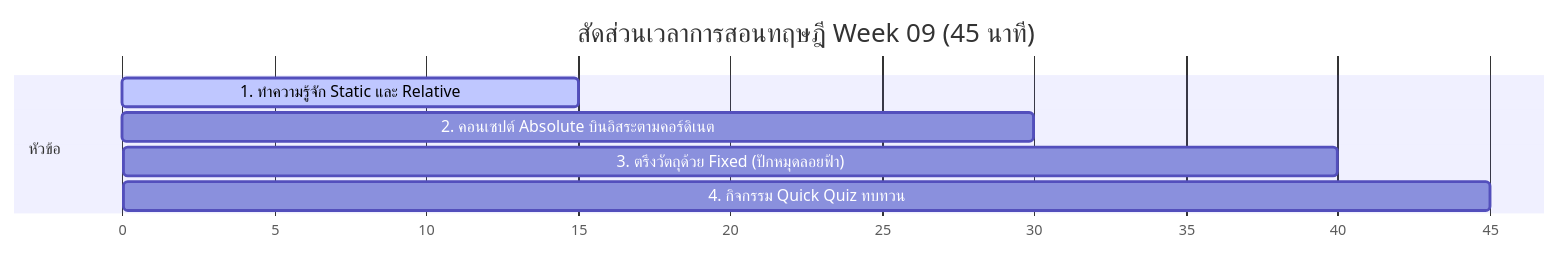
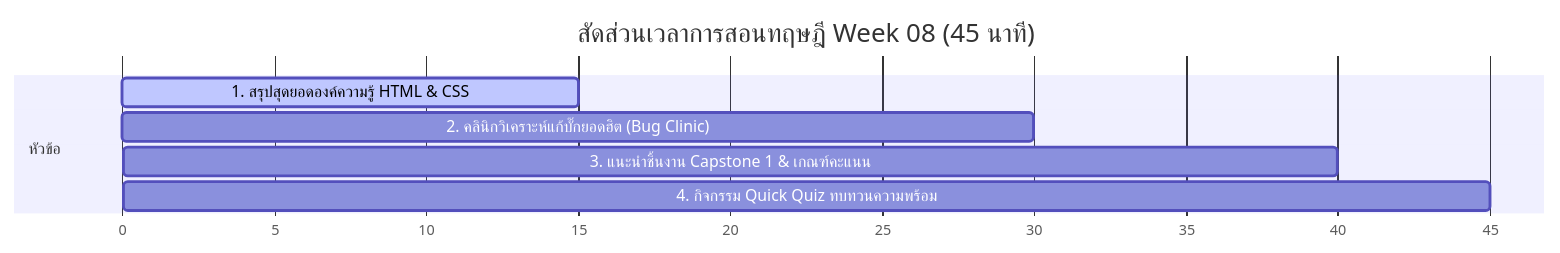
Before and after one commit to jirawat9ball/Website_lesson_plan: the diagram in Week 09/Teacher/README.md, drawn with Mermaid. The commit also changed other lines of this file and 68 other files, not shown here.

````diff
--- a/Week 09/Teacher/README.md
+++ b/Week 09/Teacher/README.md
@@ -8,11 +8,11 @@
 ```mermaid
 gantt
-    title สัดส่วนเวลาการสอนทฤษฎี Week 09 (45 นาที)
+    title สัดส่วนเวลาการสอนทฤษฎี Week 08 (45 นาที)
     dateFormat  X
     axisFormat %s
     section หัวข้อ
-    1. ทำความรู้จัก Static และ Relative : active, 0, 15
-    2. คอนเซปต์ Absolute บินอิสระตามคอร์ดิเนต : 15, 30
-    3. ตรึงวัตถุด้วย Fixed (ปักหมุดลอยฟ้า) : 30, 40
-    4. กิจกรรม Quick Quiz ทบทวน : 40, 45
+    1. สรุปสุดยอดองค์ความรู้ HTML & CSS : active, 0, 15
+    2. คลินิกวิเคราะห์แก้บั๊กยอดฮิต (Bug Clinic) : 15, 30
+    3. แนะนำชิ้นงาน Capstone 1 & เกณฑ์คะแนน : 30, 40
+    4. กิจกรรม Quick Quiz ทบทวนความพร้อม : 40, 45
 ```
````
